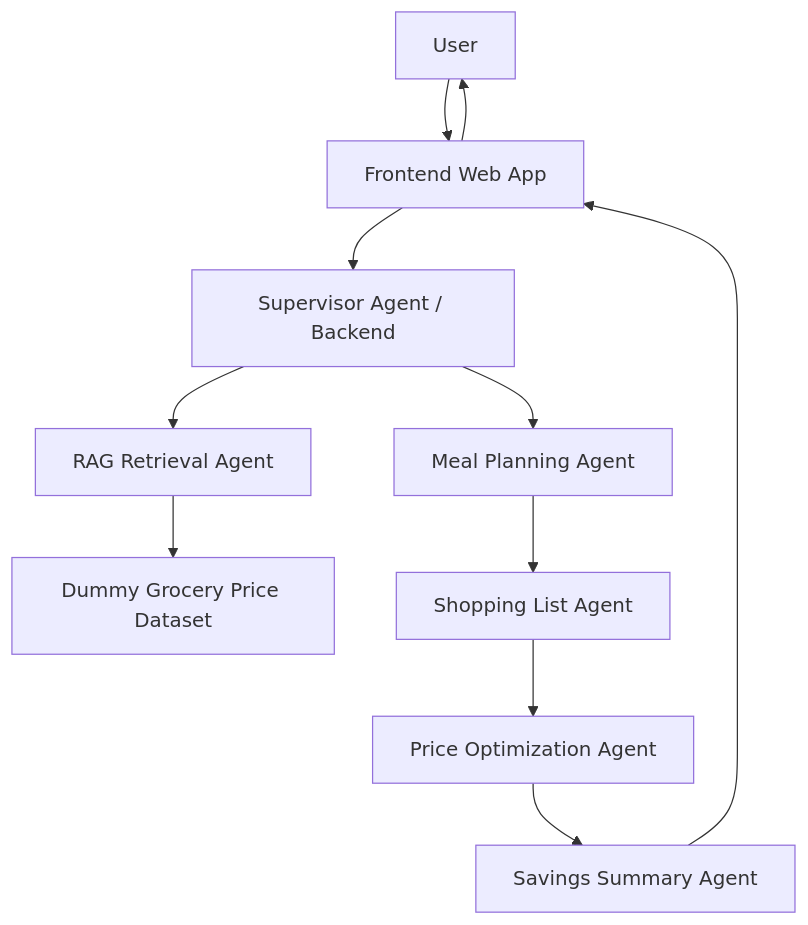
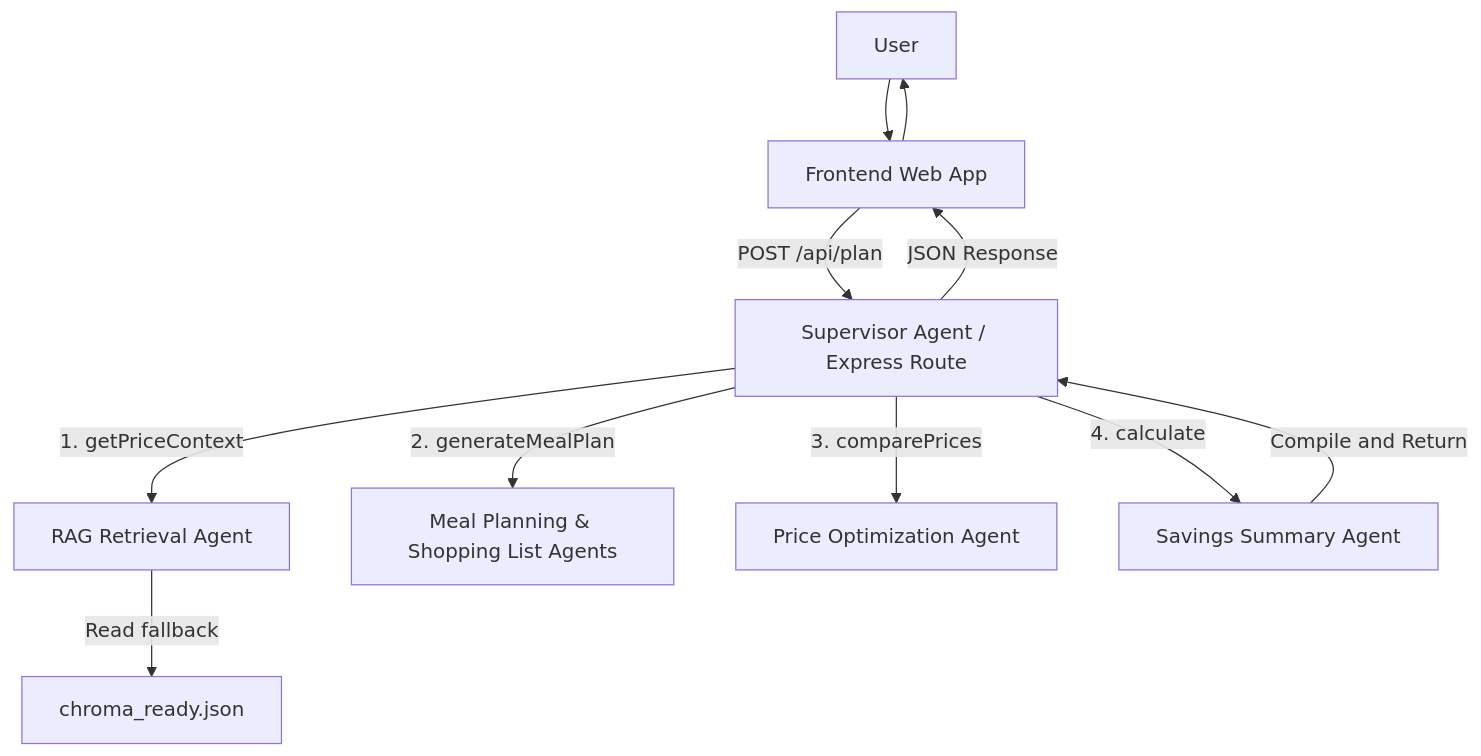
The diagram in docs/architecture.md (Agentrix-ComES/AGENTRIX26-TEAM35-Bug_Busters), drawn with Mermaid before and after one commit. The commit also changed other lines of this file and 4 other files, not shown here.

````diff
--- a/docs/architecture.md
+++ b/docs/architecture.md
@@ -15,16 +21,16 @@
 ```mermaid
 flowchart TD
     U[User] --> FE[Frontend Web App]
-    FE --> SA[Supervisor Agent / Backend]
+    FE -->|POST /api/plan| SA[Supervisor Agent / Express Route]
 
-    SA --> RAG[RAG Retrieval Agent]
-    RAG --> DATA[Dummy Grocery Price Dataset]
+    SA -->|1. getPriceContext| RAG[RAG Retrieval Agent]
+    RAG -->|Read fallback| DB[chroma_ready.json]
 
-    SA --> MP[Meal Planning Agent]
-    MP --> SL[Shopping List Agent]
-    SL --> PO[Price Optimization Agent]
-    PO --> SS[Savings Summary Agent]
+    SA -->|2. generateMealPlan| MP[Meal Planning & Shopping List Agents]
+    SA -->|3. comparePrices| PO[Price Optimization Agent]
+    SA -->|4. calculate| SS[Savings Summary Agent]
 
-    SS --> FE
+    SS -->|Compile and Return| SA
+    SA -->|JSON Response| FE
     FE --> U
 ```
````
